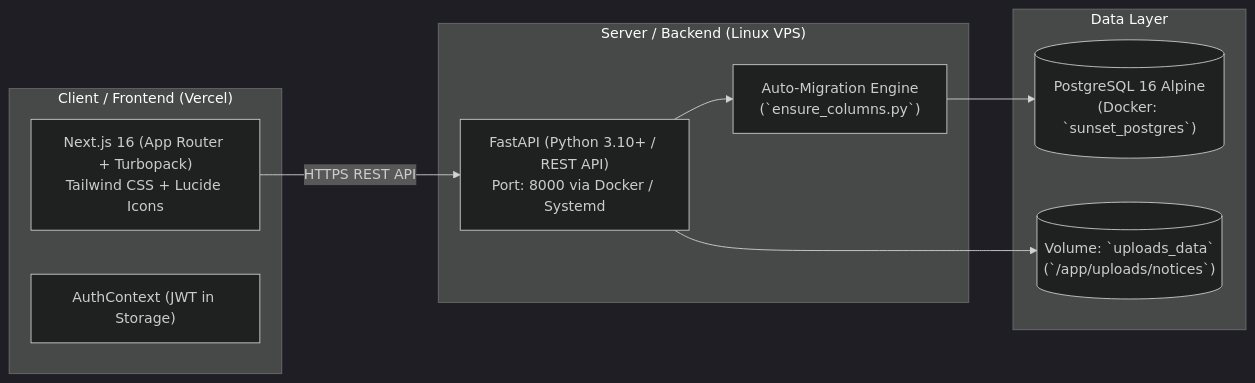
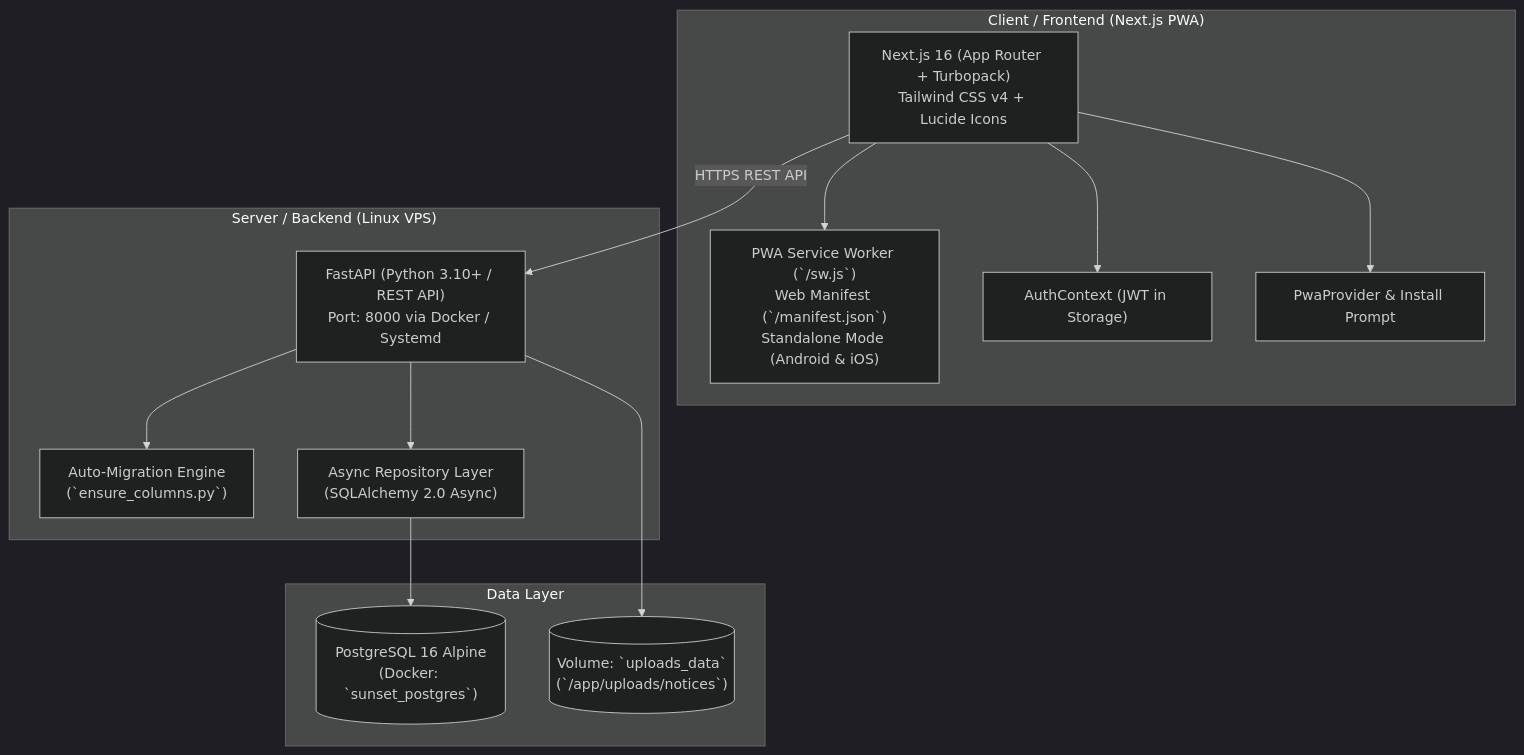
The first of 3 diagrams in PROJECT_CONTEXT.md (sunsetgroupbd/sunsetcallactivity), drawn with Mermaid (dark theme) before and after one commit. The commit also changed other lines of this file, not shown here.

Commit message:
docs: update PROJECT_CONTEXT.md with full PWA, hierarchy tree, and auto-NR specifications

````diff
--- a/PROJECT_CONTEXT.md
+++ b/PROJECT_CONTEXT.md
@@ -18,22 +20,29 @@
 ```mermaid
-graph LR
-    subgraph Client_Side ["Client / Frontend (Vercel)"]
-        NextJS["Next.js 16 (App Router + Turbopack)<br/>Tailwind CSS + Lucide Icons"]
+graph TD
+    subgraph Client_Side ["Client / Frontend (Next.js PWA)"]
+        NextJS["Next.js 16 (App Router + Turbopack)<br/>Tailwind CSS v4 + Lucide Icons"]
+        PWA["PWA Service Worker (`/sw.js`)<br/>Web Manifest (`/manifest.json`)<br/>Standalone Mode (Android & iOS)"]
         AuthContext["AuthContext (JWT in Storage)"]
+        PwaContext["PwaProvider & Install Prompt"]
     end
 
     subgraph Server_Side ["Server / Backend (Linux VPS)"]
         FastAPI["FastAPI (Python 3.10+ / REST API)<br/>Port: 8000 via Docker / Systemd"]
         EnsureCols["Auto-Migration Engine<br/>(`ensure_columns.py`)"]
+        RepoLayer["Async Repository Layer<br/>(SQLAlchemy 2.0 Async)"]
     end
 
     subgraph Data_Storage ["Data Layer"]
         Postgres[("PostgreSQL 16 Alpine<br/>(Docker: `sunset_postgres`)")]
         Uploads[("Volume: `uploads_data`<br/>(`/app/uploads/notices`)")]
     end
 
+    NextJS --> PWA
+    NextJS --> AuthContext
+    NextJS --> PwaContext
     NextJS -->|HTTPS REST API| FastAPI
     FastAPI --> EnsureCols
-    EnsureCols --> Postgres
+    FastAPI --> RepoLayer
+    RepoLayer --> Postgres
     FastAPI --> Uploads
 ```
````
